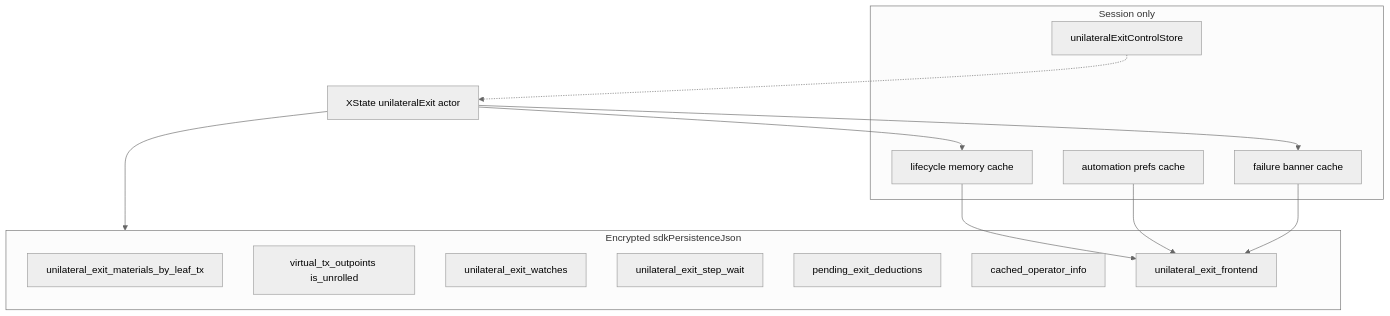
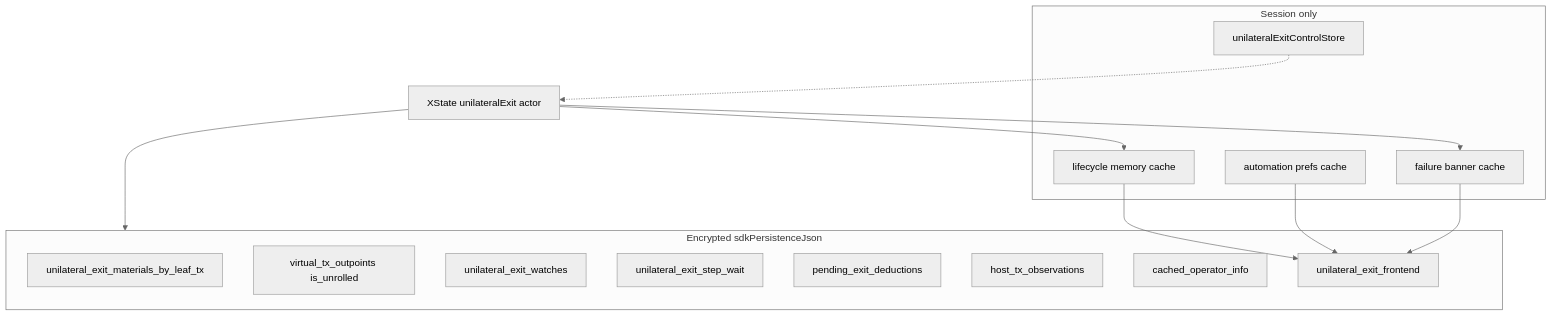
The diagram in docs/persistence/unilateral-exit.md (Radivis/bitboard-pwa-wallet), drawn with Mermaid (neutral theme) before and after one commit. The commit also changed other lines of this file and 21 other files, not shown here.

````diff
--- a/docs/persistence/unilateral-exit.md
+++ b/docs/persistence/unilateral-exit.md
@@ -7,26 +7,27 @@
 ```mermaid
 flowchart TB
   subgraph wasmLayer [Encrypted sdkPersistenceJson]
     materials[unilateral_exit_materials_by_leaf_tx]
     vtxos[virtual_tx_outpoints is_unrolled]
     watches[unilateral_exit_watches]
     stepWait[unilateral_exit_step_wait]
     deductions[pending_exit_deductions]
+    hostObs[host_tx_observations]
     cachedInfo[cached_operator_info]
     frontendBundle[unilateral_exit_frontend]
   end
   subgraph memoryOnly [Session only]
     jobCache[lifecycle memory cache]
     prefsCache[automation prefs cache]
     failureCache[failure banner cache]
     controlStore[unilateralExitControlStore]
   end
   actor[XState unilateralExit actor]
   actor --> jobCache
   actor --> failureCache
   actor --> wasmLayer
   jobCache --> frontendBundle
   prefsCache --> frontendBundle
   failureCache --> frontendBundle
   controlStore -.-> actor
 ```
````
